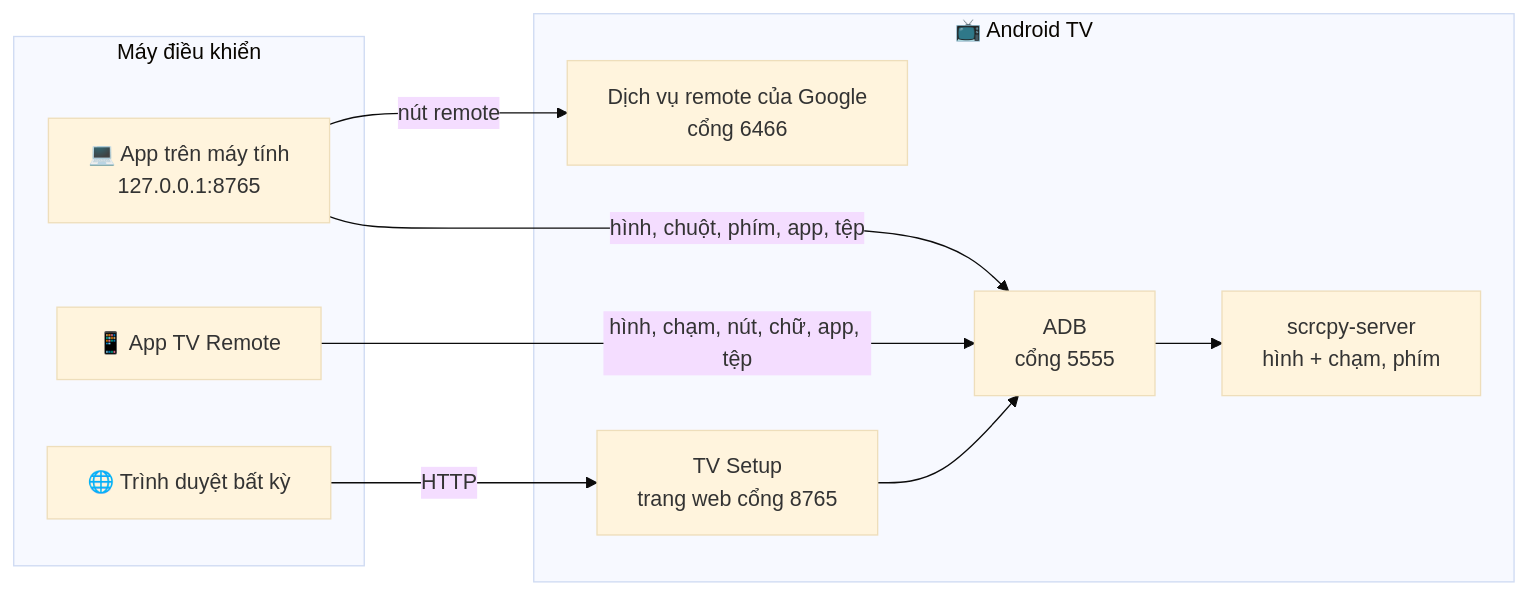
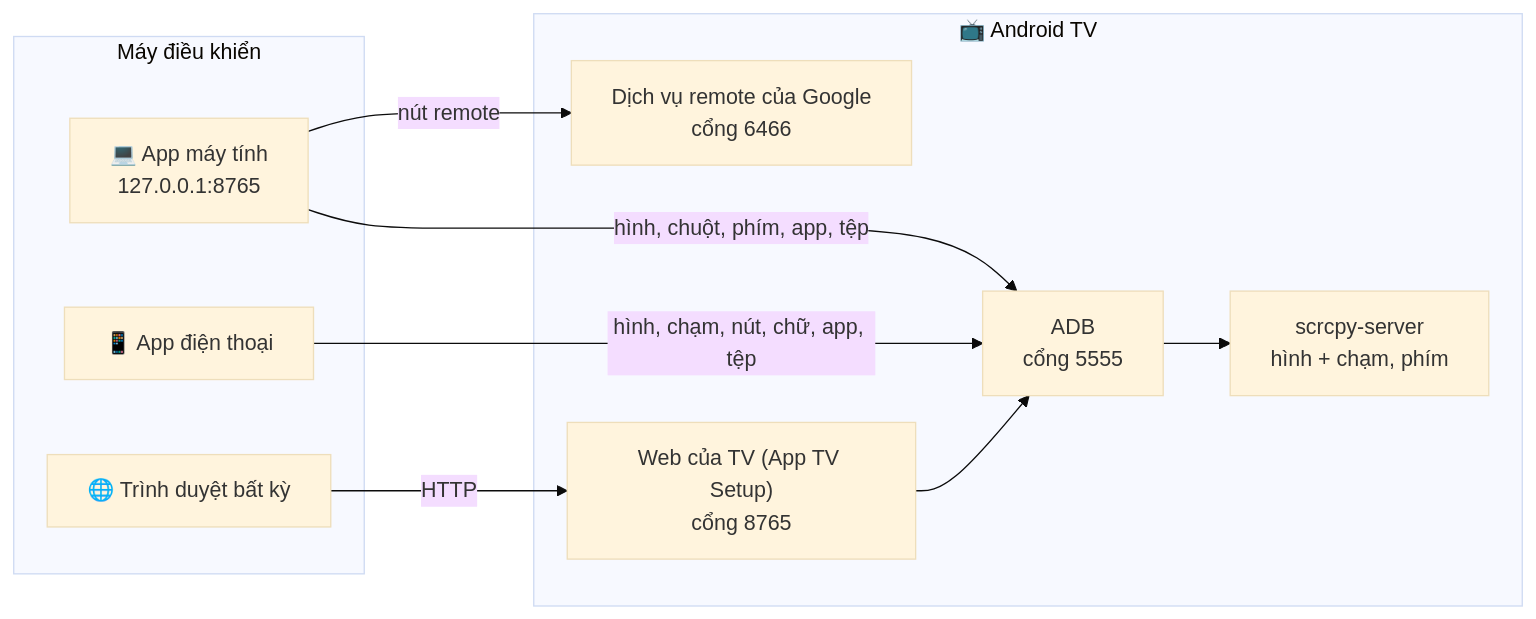
The third of 3 diagrams in README.md (9000000/tv-remote), drawn with Mermaid (base theme) before and after one commit. The commit also changed other lines of this file and 13 other files, not shown here.

First line of the commit message:
One set of names: Phone app, Computer app, TV app (TV Setup), TV web page; README tables of what each does and diagrams of how they connect; the computer's page core is "pc" (it runs on Windows and Linux too)

````diff
--- a/README.md
+++ b/README.md
@@ -229,20 +293,20 @@
 ```mermaid
 flowchart LR
     subgraph C["Máy điều khiển"]
-        PC["💻 App trên máy tính<br/>127.0.0.1:8765"]
-        PH["📱 App TV Remote"]
+        PC["💻 App máy tính<br/>127.0.0.1:8765"]
+        PH["📱 App điện thoại"]
         BR["🌐 Trình duyệt bất kỳ"]
     end
     subgraph T["📺 Android TV"]
         R["Dịch vụ remote của Google<br/>cổng 6466"]
         A["ADB<br/>cổng 5555"]
         S["scrcpy-server<br/>hình + chạm, phím"]
-        W["TV Setup<br/>trang web cổng 8765"]
+        W["Web của TV (App TV Setup)<br/>cổng 8765"]
         A --> S
         W --> A
     end
     PC -- "nút remote" --> R
     PC -- "hình, chuột, phím, app, tệp" --> A
     PH -- "hình, chạm, nút, chữ, app, tệp" --> A
     BR -- "HTTP" --> W
 ```
````
